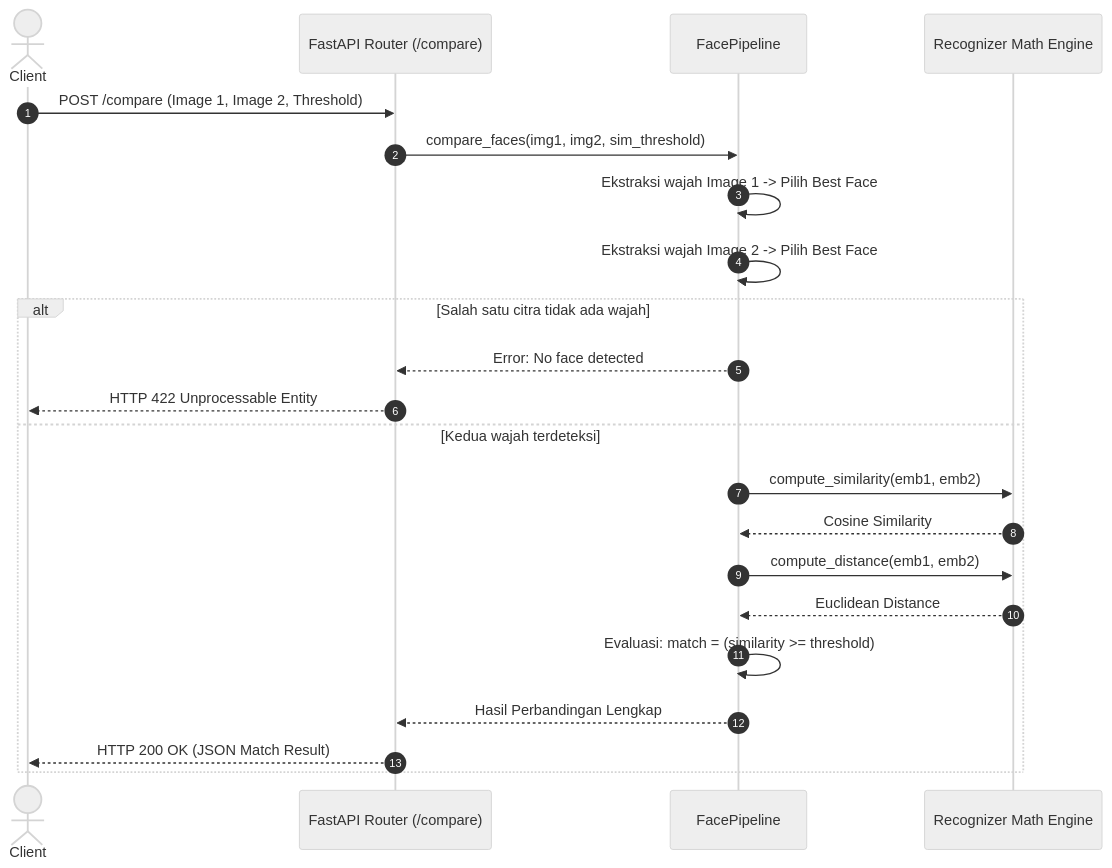
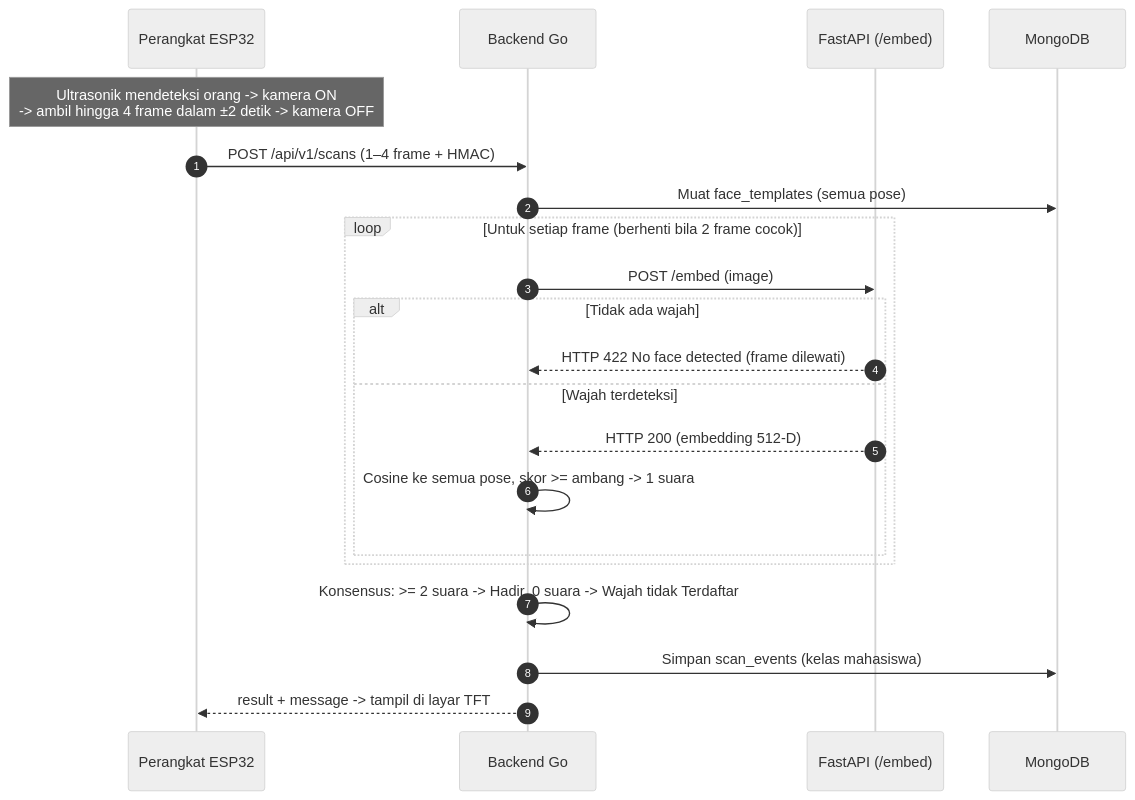
One commit to AkihikoSaburo/methics changed the third of 4 diagrams in services/face/penjelasan.md. Above: the diagram before and after it, drawn with Mermaid (neutral theme). The commit also changed other lines of this file and 33 other files, not shown here.

````diff
--- a/services/face/penjelasan.md
+++ b/services/face/penjelasan.md
@@ -133,25 +149,24 @@
 ```mermaid
 sequenceDiagram
     autonumber
-    actor Client
-    participant API as FastAPI Router (/compare)
-    participant Pipe as FacePipeline
-    participant Rec as Recognizer Math Engine
+    participant ESP as Perangkat ESP32
+    participant Go as Backend Go
+    participant API as FastAPI (/embed)
+    participant DB as MongoDB
 
-    Client->>API: POST /compare (Image 1, Image 2, Threshold)
-    API->>Pipe: compare_faces(img1, img2, sim_threshold)
-    Pipe->>Pipe: Ekstraksi wajah Image 1 -> Pilih Best Face
-    Pipe->>Pipe: Ekstraksi wajah Image 2 -> Pilih Best Face
-    alt Salah satu citra tidak ada wajah
-        Pipe-->>API: Error: No face detected
-        API-->>Client: HTTP 422 Unprocessable Entity
-    else Kedua wajah terdeteksi
-        Pipe->>Rec: compute_similarity(emb1, emb2)
-        Rec-->>Pipe: Cosine Similarity
-        Pipe->>Rec: compute_distance(emb1, emb2)
-        Rec-->>Pipe: Euclidean Distance
-        Pipe->>Pipe: Evaluasi: match = (similarity >= threshold)
-        Pipe-->>API: Hasil Perbandingan Lengkap
-        API-->>Client: HTTP 200 OK (JSON Match Result)
+    Note over ESP: Ultrasonik mendeteksi orang -> kamera ON<br/>-> ambil hingga 4 frame dalam ±2 detik -> kamera OFF
+    ESP->>Go: POST /api/v1/scans (1–4 frame + HMAC)
+    Go->>DB: Muat face_templates (semua pose)
+    loop Untuk setiap frame (berhenti bila 2 frame cocok)
+        Go->>API: POST /embed (image)
+        alt Tidak ada wajah
+            API-->>Go: HTTP 422 No face detected (frame dilewati)
+        else Wajah terdeteksi
+            API-->>Go: HTTP 200 (embedding 512-D)
+            Go->>Go: Cosine ke semua pose, skor >= ambang -> 1 suara
+        end
     end
+    Go->>Go: Konsensus: >= 2 suara -> Hadir, 0 suara -> Wajah tidak Terdaftar
+    Go->>DB: Simpan scan_events (kelas mahasiswa)
+    Go-->>ESP: result + message -> tampil di layar TFT
 ```
````
